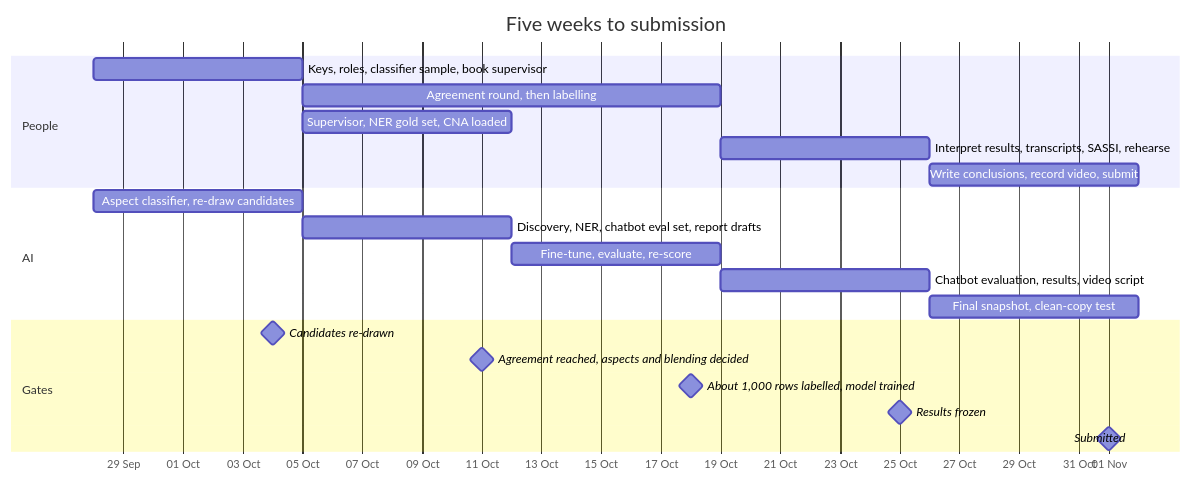
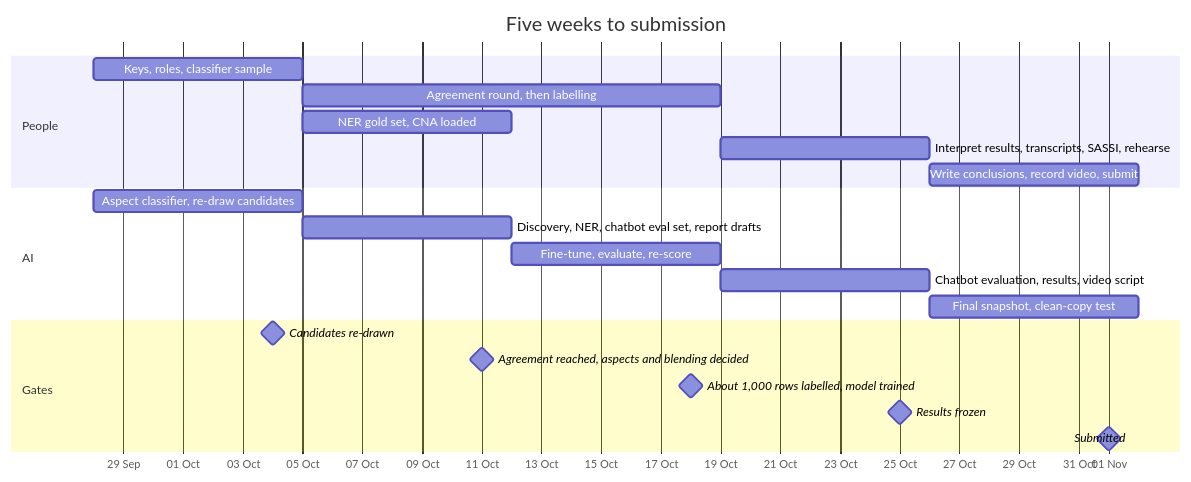
Before and after one commit to Gavingyh/plp-project: the diagram in docs/diagrams/src/10-plan.mmd, drawn with Mermaid. The commit also changed 16 other files, not shown here.

```diff
--- a/docs/diagrams/src/10-plan.mmd
+++ b/docs/diagrams/src/10-plan.mmd
@@ -1,28 +1,28 @@
 gantt
   accTitle: Plan to 1 November 2026
   accDescr: Five weekly stages from 28 September to 1 November, people's work and AI work side by side, each week ending in a gate.
   title Five weeks to submission
   dateFormat YYYY-MM-DD
   axisFormat %d %b
   todayMarker off
 
   section People
-  Keys, roles, classifier sample, book supervisor   :p1, 2026-09-28, 7d
+  Keys, roles, classifier sample                    :p1, 2026-09-28, 7d
   Agreement round, then labelling                   :p2, 2026-10-05, 14d
-  Supervisor, NER gold set, CNA loaded              :p3, 2026-10-05, 7d
+  NER gold set, CNA loaded                          :p3, 2026-10-05, 7d
   Interpret results, transcripts, SASSI, rehearse   :p4, 2026-10-19, 7d
   Write conclusions, record video, submit           :p5, 2026-10-26, 7d
 
   section AI
   Aspect classifier, re-draw candidates             :a1, 2026-09-28, 7d
   Discovery, NER, chatbot eval set, report drafts   :a2, 2026-10-05, 7d
   Fine-tune, evaluate, re-score                     :a3, 2026-10-12, 7d
   Chatbot evaluation, results, video script         :a4, 2026-10-19, 7d
   Final snapshot, clean-copy test                   :a5, 2026-10-26, 7d
 
   section Gates
   Candidates re-drawn                               :milestone, g1, 2026-10-04, 0d
   Agreement reached, aspects and blending decided   :milestone, g2, 2026-10-11, 0d
   About 1,000 rows labelled, model trained          :milestone, g3, 2026-10-18, 0d
   Results frozen                                    :milestone, g4, 2026-10-25, 0d
   Submitted                                         :milestone, g5, 2026-11-01, 0d
```
